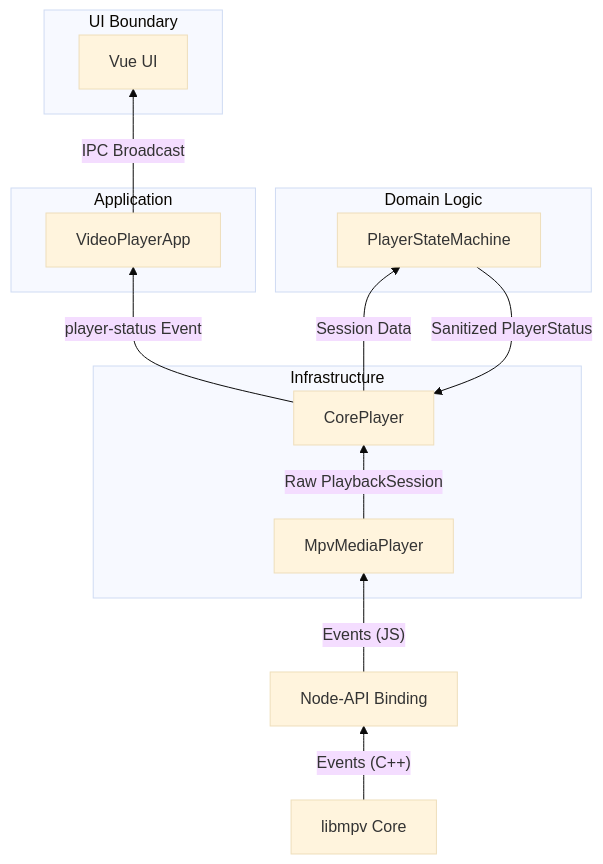
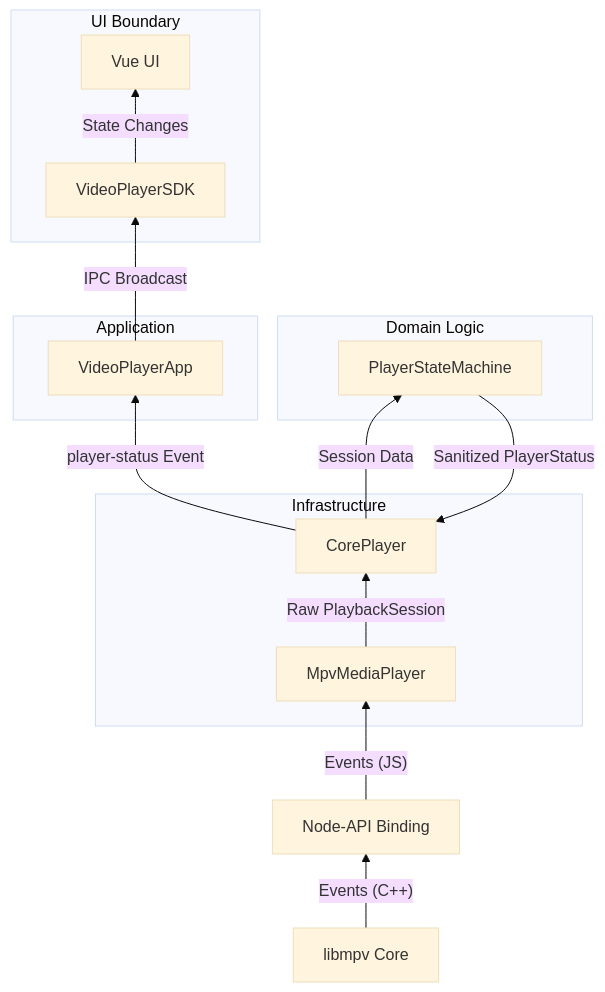
The sixth of 12 diagrams in docs/architecture/ARCHITECTURE.md (Lucas-lgm/lumiere), drawn with Mermaid (base theme) before and after one commit. The commit also changed other lines of this file, not shown here.

First line of the commit message:
docs(architecture): 更新架构文档中的通信流程图

````diff
--- a/docs/architecture/ARCHITECTURE.md
+++ b/docs/architecture/ARCHITECTURE.md
@@ -371,22 +371,23 @@
 ```mermaid
 flowchart BT
     MPV_Core[libmpv Core] -- "Events (C++)" --> NAPI[Node-API Binding]
     NAPI -- "Events (JS)" --> MMP[MpvMediaPlayer]
     
     subgraph "Infrastructure"
         MMP -- "Raw PlaybackSession" --> CP[CorePlayer]
     end
     
     subgraph "Domain Logic"
         CP -- "Session Data" --> PSM[PlayerStateMachine]
         PSM -- "Sanitized PlayerStatus" --> CP
     end
     
     subgraph "Application"
         CP -- "player-status Event" --> VPA[VideoPlayerApp]
     end
     
     subgraph "UI Boundary"
-        VPA -- "IPC Broadcast" --> Renderer[Vue UI]
+        VPA -- "IPC Broadcast" --> SDK[VideoPlayerSDK]
+        SDK -- "State Changes" --> Renderer[Vue UI]
     end
 ```
````
